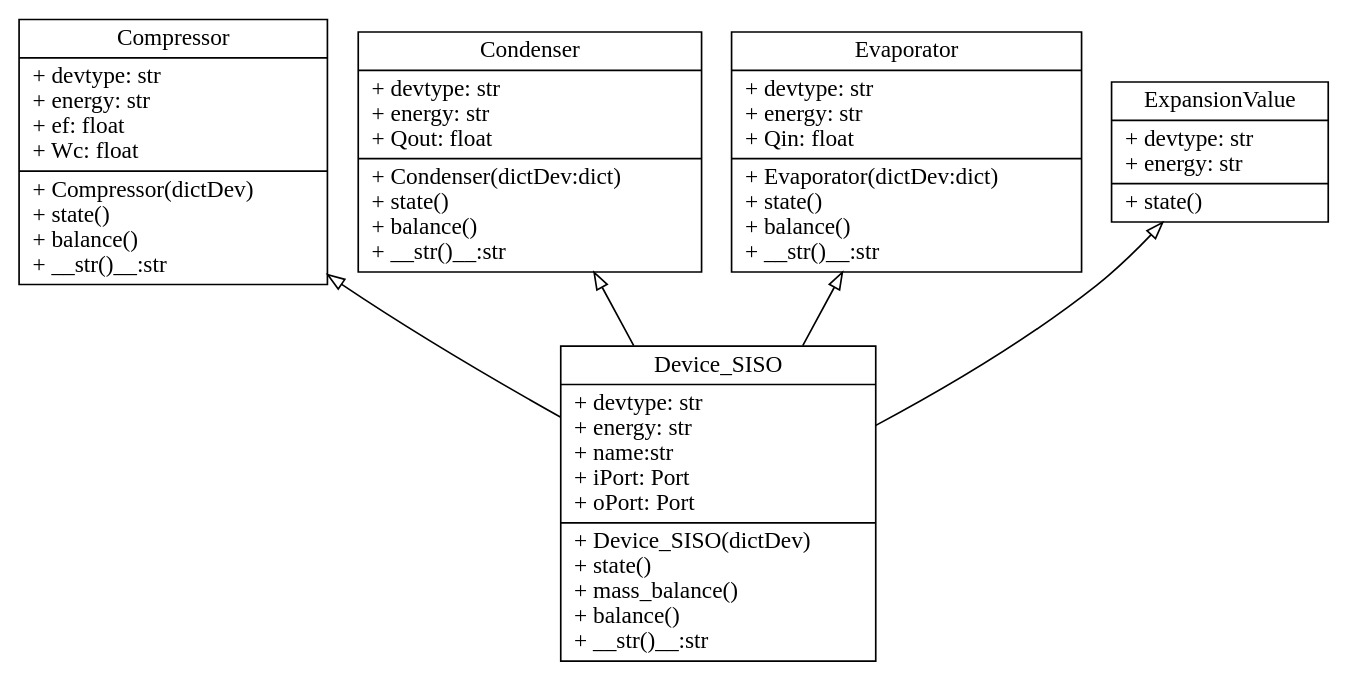
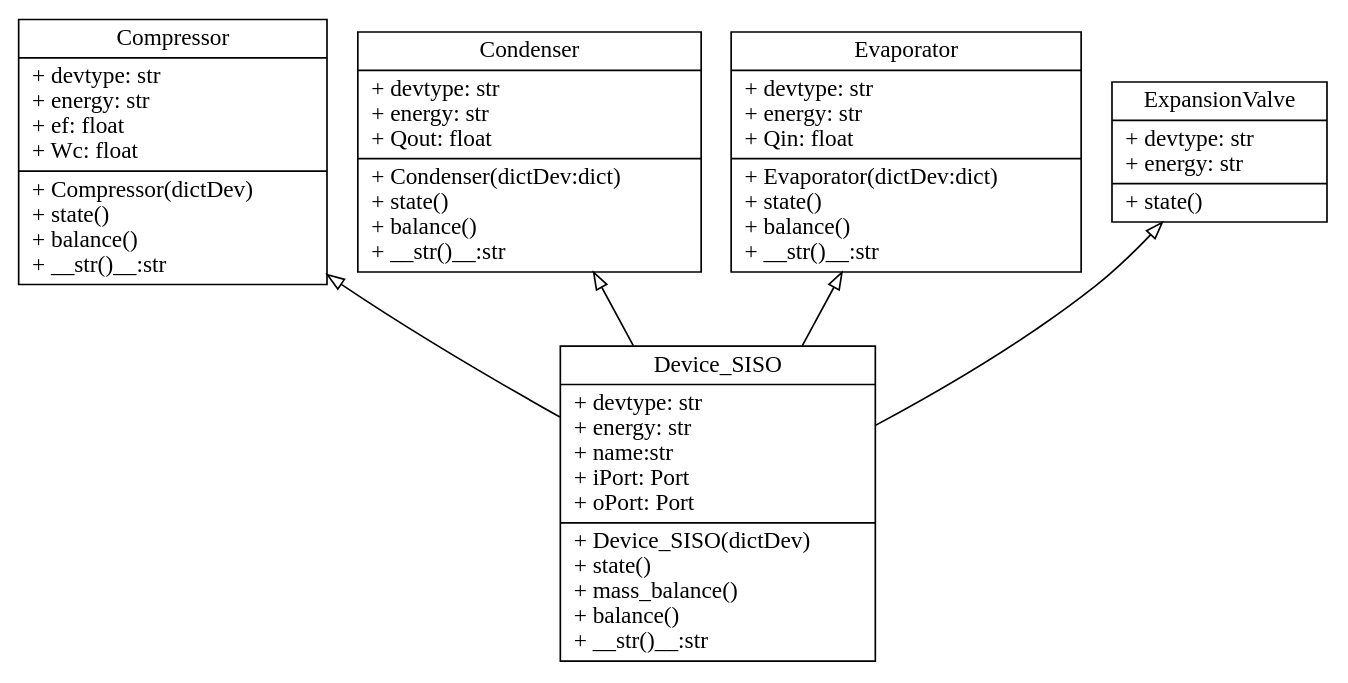
The diagram in doc/uml/dot/components_device_siso.dot (thermalogic/SimVCCE), drawn with Graphviz before and after one commit. The commit also changed 39 other files, not shown here.

```diff
--- a/doc/uml/dot/components_device_siso.dot
+++ b/doc/uml/dot/components_device_siso.dot
@@ -1,71 +1,65 @@
 digraph "classes" {
 rankdir=BT
 charset="utf-8"
 "components.device_siso.Device_SISO" [color="black", fontcoor="black", 
               label="{Device_SISO|
                + devtype: str\l
                + energy: str\l 
                + name:str \l 
                + iPort: Port\l 
                + oPort: Port\l|
                + Device_SISO(dictDev)\l 
                + state()\l 
                + mass_balance()\l 
                + balance()\l 
                + __str()__:str\l}",
                shape="record", style="solid"];
 
 "components.compressor.Compressor" [color="black", fontcoor="black", 
               label="{Compressor|
                + devtype: str\l
                + energy: str\l 
                + ef: float\l 
                + Wc: float\l|
                + Compressor(dictDev)\l
                + state()\l 
                + balance()\l 
                + __str()__:str\l}",
                shape="record", style="solid"];
 
 "components.condenser.Condenser" [color="black", fontcoor="black", 
               label="{Condenser|
                + devtype: str\l
                + energy: str\l 
                + Qout: float\l|
                + Condenser(dictDev:dict)\l
                + state()\l 
                + balance()\l 
                + __str()__:str\l}",
                shape="record", style="solid"];
 
 "components.evaporator.Evaporator" [color="black", fontcoor="black", 
               label="{Evaporator|
                + devtype: str\l
                + energy: str\l 
                + Qin: float\l|
                + Evaporator(dictDev:dict)\l
                + state()\l 
                + balance()\l 
                + __str()__:str\l}",
                shape="record", style="solid"];
-"components.expansionvalue.ExpansionValue" [color="black", fontcoor="black", 
-              label="{ExpansionValue|
+"components.expansionvalve.ExpansionValve" [color="black", fontcoor="black", 
+              label="{ExpansionValve|
                + devtype: str\l
                + energy: str\l|
                + state()\l}",
                shape="record", style="solid"];
 
-"components.device_siso.Device_SISO"->"components.compressor.Compressor"[
-            arrowhead="empty", arrowtail="none",
-            style="solid"];
+"components.device_siso.Device_SISO"-> {
+    "components.compressor.Compressor",
+    "components.condenser.Condenser",
+    "components.evaporator.Evaporator",
+    "components.expansionvalve.ExpansionValve"}
+     [arrowhead="empty", arrowtail="none",style="solid"];
 
-"components.device_siso.Device_SISO"->"components.condenser.Condenser"[
-            arrowhead="empty", arrowtail="none",
-            style="solid"];
-"components.device_siso.Device_SISO"->"components.evaporator.Evaporator"[
-            arrowhead="empty", arrowtail="none",
-            style="solid"];
-"components.device_siso.Device_SISO"->"components.expansionvalue.ExpansionValue"[
-            arrowhead="empty", arrowtail="none",
-            style="solid"];
 }
```
